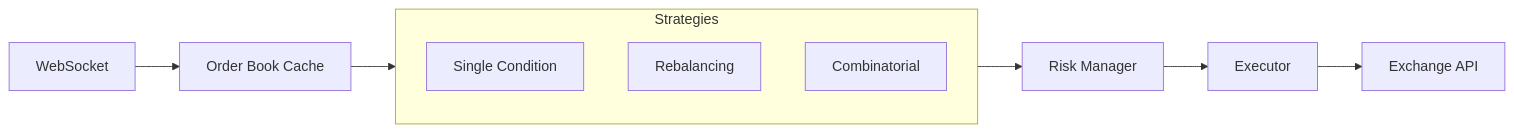
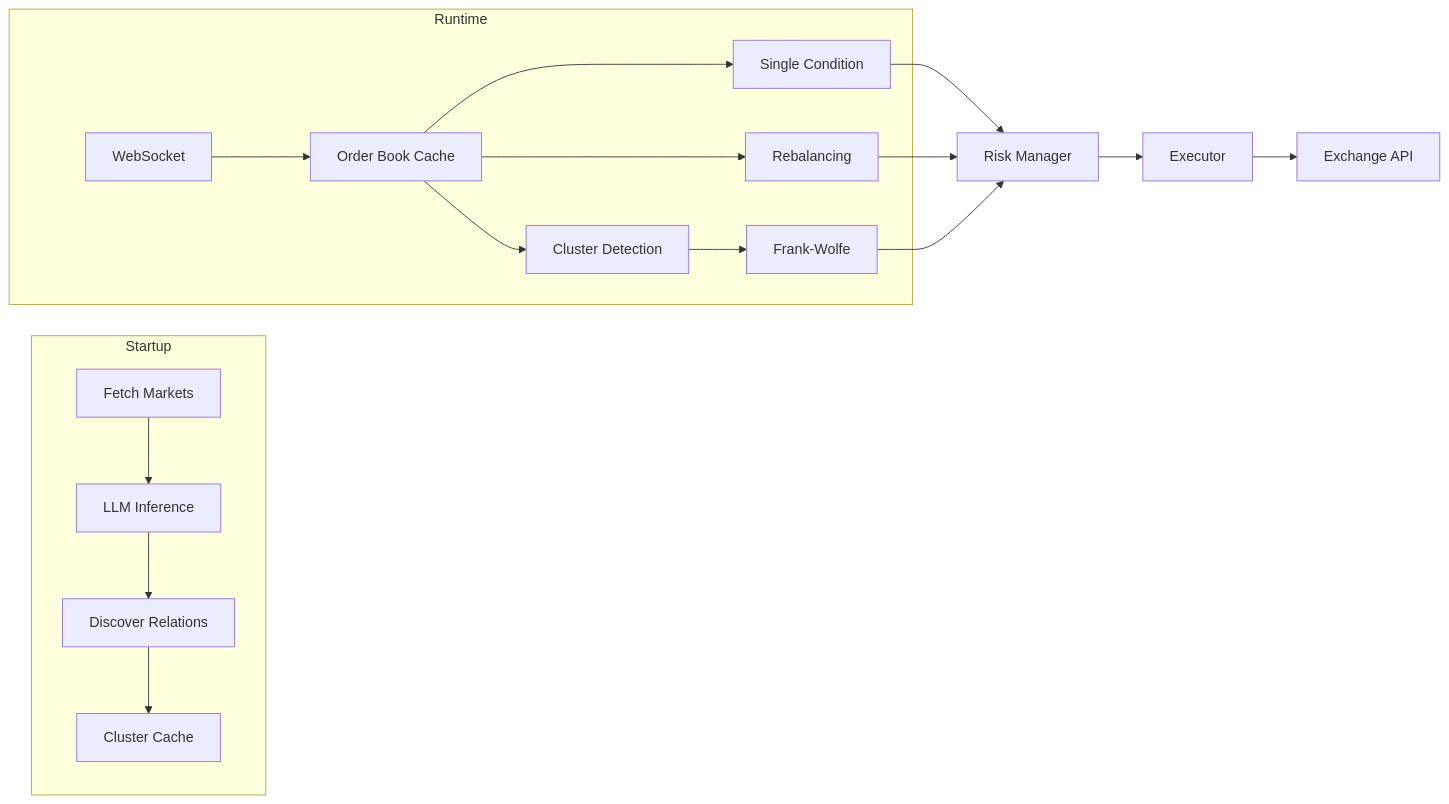
The diagram in README.md (usealtoal/edgelord), drawn with Mermaid before and after one commit. The commit also changed other lines of this file and 48 other files, not shown here.

````diff
--- a/README.md
+++ b/README.md
@@ -49,15 +51,22 @@
 ```mermaid
 flowchart LR
-    WS[WebSocket] --> Cache[Order Book Cache]
-    Cache --> Strategies
-
-    subgraph Strategies
-        SC[Single Condition]
-        RB[Rebalancing]
-        CB[Combinatorial]
+    subgraph Startup
+        Markets[Fetch Markets] --> LLM[LLM Inference]
+        LLM --> Relations[Discover Relations]
+        Relations --> Cache[Cluster Cache]
     end
 
-    Strategies --> Risk[Risk Manager]
+    subgraph Runtime
+        WS[WebSocket] --> OB[Order Book Cache]
+        OB --> S1[Single Condition]
+        OB --> S2[Rebalancing]
+        OB --> CD[Cluster Detection]
+        CD --> FW[Frank-Wolfe]
+    end
+
+    S1 --> Risk[Risk Manager]
+    S2 --> Risk
+    FW --> Risk
     Risk --> Exec[Executor]
     Exec --> Exchange[Exchange API]
 ```
````
